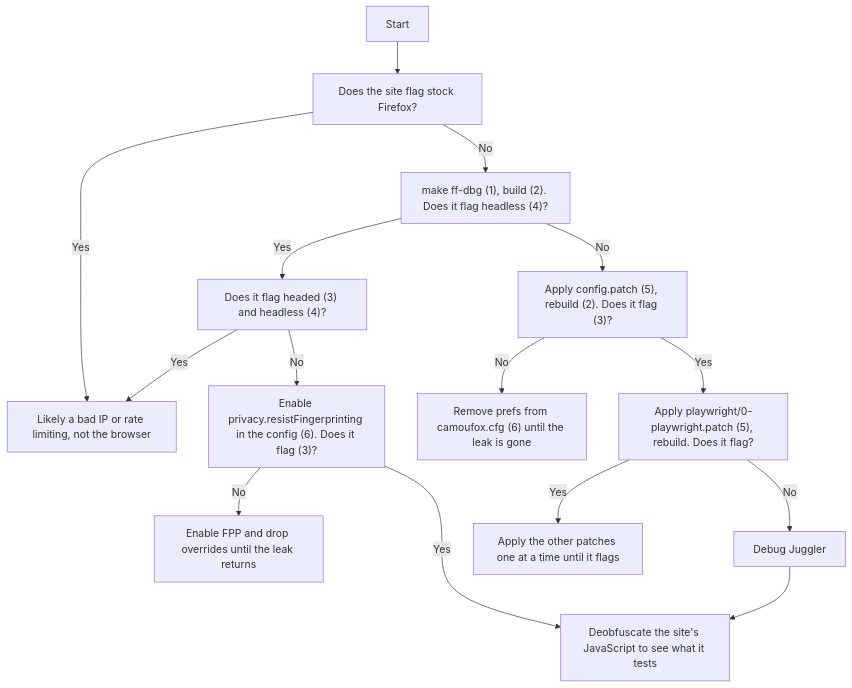
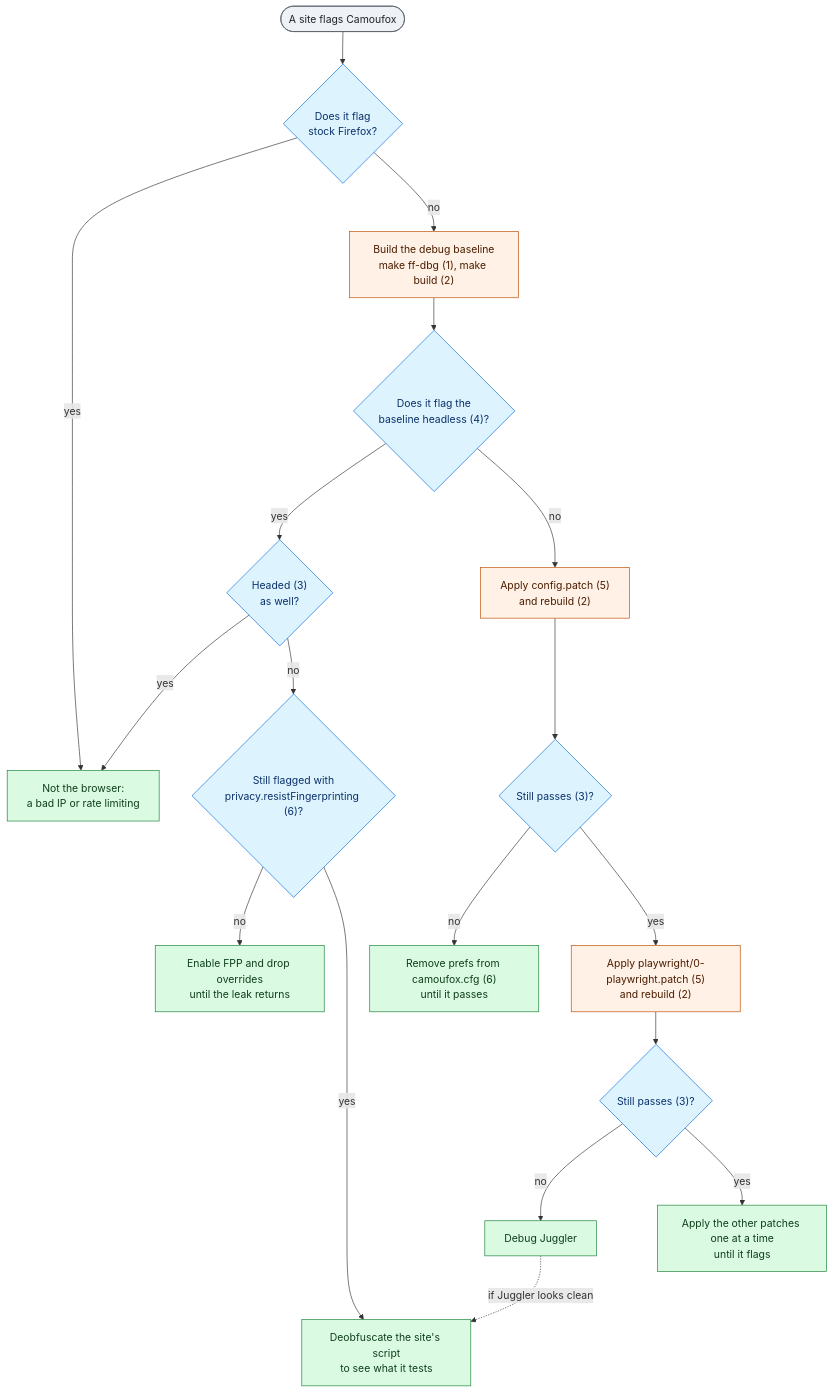
The third of 3 diagrams in README.md (daijro/camoufox), drawn with Mermaid before and after one commit. The commit also changed other lines of this file and 41 other files, not shown here.

Commit message:
fix: minor leak fixes, patch cleanup, webgpu windows/mac leak fix

````diff
--- a/README.md
+++ b/README.md
@@ -670,17 +698,31 @@
 ```mermaid
 flowchart TD
-    A[Start] --> B[Does the site flag stock Firefox?]
-    B -->|Yes| C[Likely a bad IP or rate limiting, not the browser]
-    B -->|No| D["make ff-dbg (1), build (2). Does it flag headless (4)?"]
-    D -->|Yes| E["Does it flag headed (3) and headless (4)?"]
-    D -->|No| F["Apply config.patch (5), rebuild (2). Does it flag (3)?"]
-    E -->|Yes| C
-    E -->|No| G["Enable privacy.resistFingerprinting in the config (6). Does it flag (3)?"]
-    G -->|No| H[Enable FPP and drop overrides until the leak returns]
-    G -->|Yes| I[Deobfuscate the site's JavaScript to see what it tests]
-    F -->|No| J["Remove prefs from camoufox.cfg (6) until the leak is gone"]
-    F -->|Yes| K["Apply playwright/0-playwright.patch (5), rebuild. Does it flag?"]
-    K -->|No| M[Debug Juggler]
-    K -->|Yes| L[Apply the other patches one at a time until it flags]
-    M --> I
+    START(["A site flags Camoufox"]) --> Q1{"Does it flag<br/>stock Firefox?"}
+    Q1 -- yes --> NB["Not the browser:<br/>a bad IP or rate limiting"]
+    Q1 -- no --> BASE["Build the debug baseline<br/>make ff-dbg (1), make build (2)"]
+    BASE --> Q2{"Does it flag the<br/>baseline headless (4)?"}
+
+    Q2 -- yes --> Q3{"Headed (3)<br/>as well?"}
+    Q3 -- yes --> NB
+    Q3 -- no --> Q4{"Still flagged with<br/>privacy.resistFingerprinting (6)?"}
+    Q4 -- no --> FPP["Enable FPP and drop overrides<br/>until the leak returns"]
+    Q4 -- yes --> DEOB["Deobfuscate the site's script<br/>to see what it tests"]
+
+    Q2 -- no --> CFG["Apply config.patch (5)<br/>and rebuild (2)"]
+    CFG --> Q5{"Still passes (3)?"}
+    Q5 -- no --> PREFS["Remove prefs from camoufox.cfg (6)<br/>until it passes"]
+    Q5 -- yes --> PW["Apply playwright/0-playwright.patch (5)<br/>and rebuild (2)"]
+    PW --> Q6{"Still passes (3)?"}
+    Q6 -- no --> JUG["Debug Juggler"]
+    Q6 -- yes --> REST["Apply the other patches one at a time<br/>until it flags"]
+    JUG -. "if Juggler looks clean" .-> DEOB
+
+    classDef start fill:#eef2f6,stroke:#57606a,color:#1f2328
+    classDef ask fill:#ddf4ff,stroke:#0969da,color:#0a3069
+    classDef step fill:#fff1e5,stroke:#bc4c00,color:#4a1c00
+    classDef found fill:#dafbe1,stroke:#1a7f37,color:#0f3d1c
+    class START start
+    class Q1,Q2,Q3,Q4,Q5,Q6 ask
+    class BASE,CFG,PW step
+    class NB,FPP,DEOB,PREFS,JUG,REST found
 ```
````
